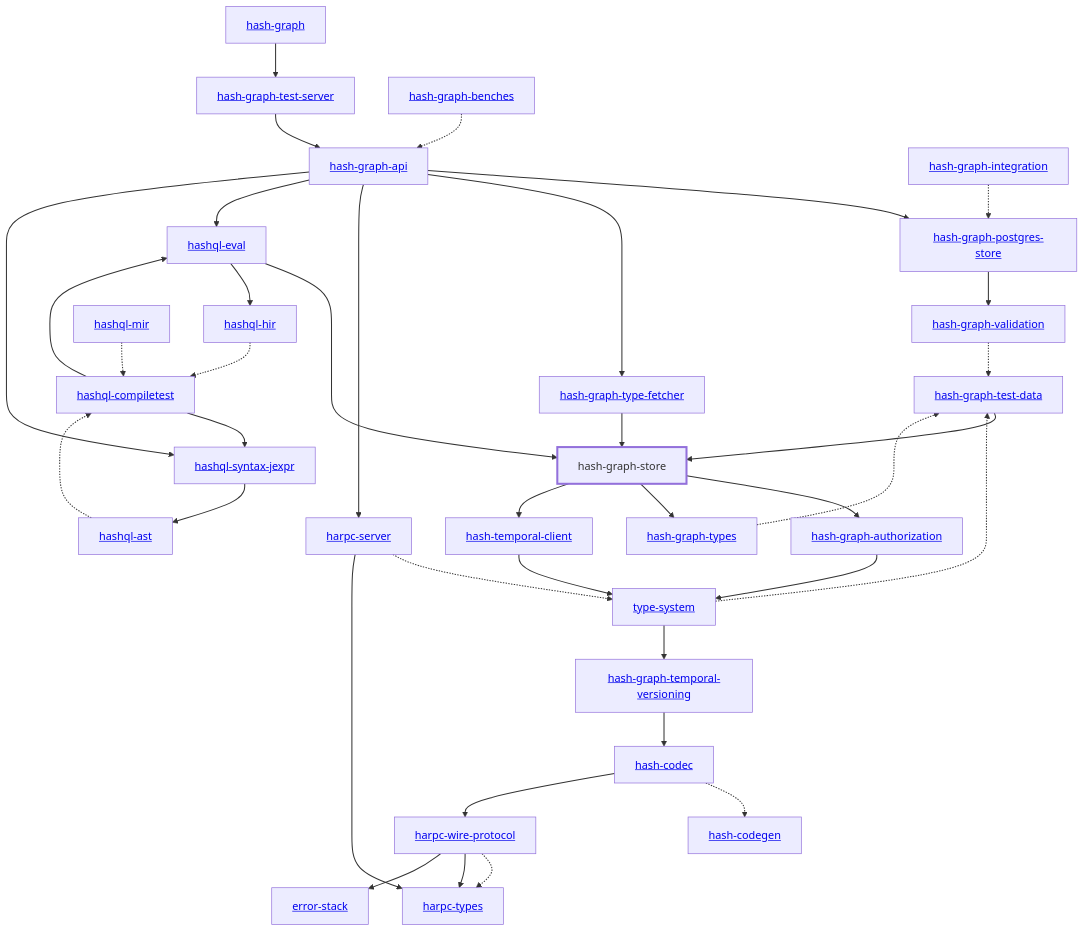
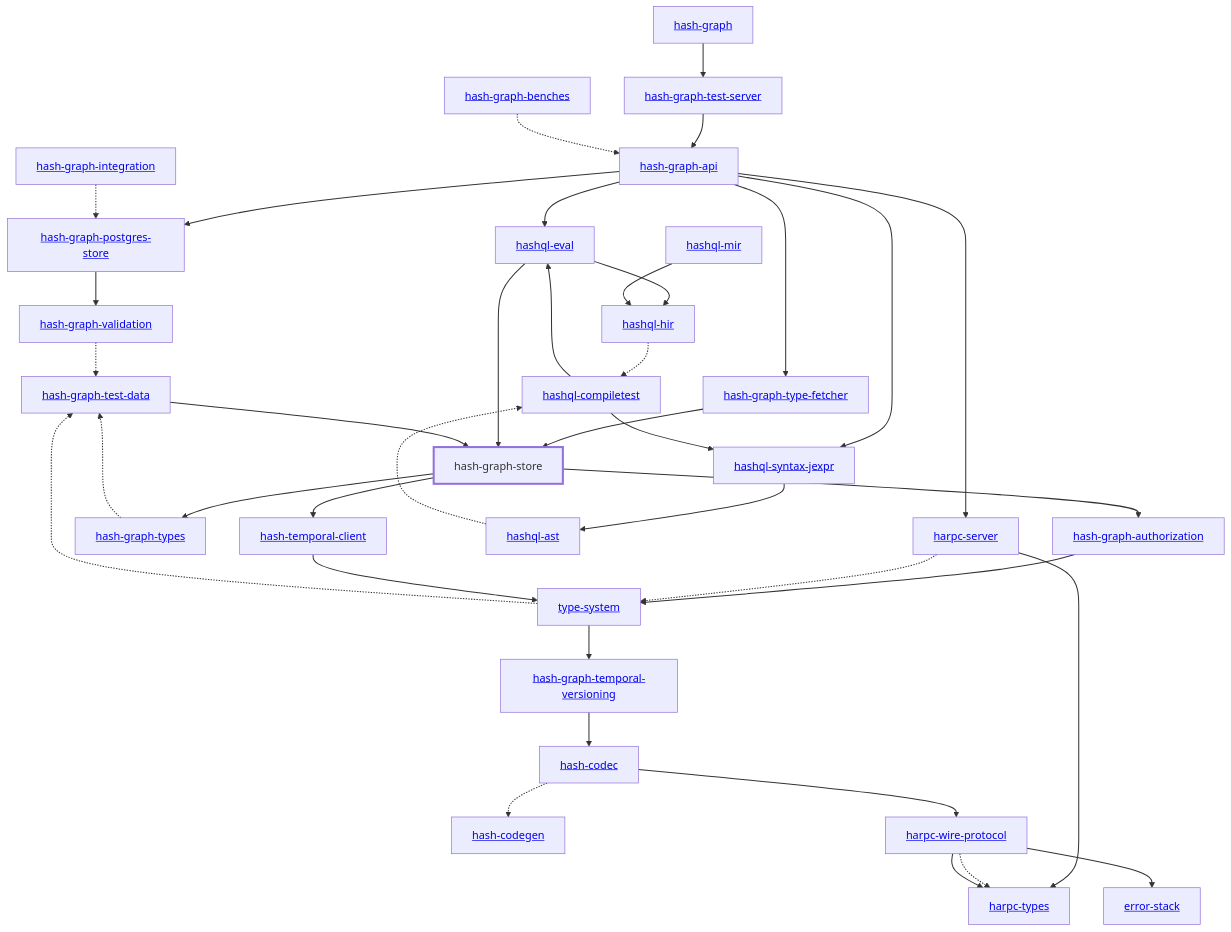
One commit to hashintel/hash changed the diagram in libs/@local/graph/store/docs/dependency-diagram.mmd. Above: the diagram before and after it, drawn with Mermaid. The commit also changed 18 other files, not shown here.

Commit message:
chore: update diagrams

```diff
--- a/libs/@local/graph/store/docs/dependency-diagram.mmd
+++ b/libs/@local/graph/store/docs/dependency-diagram.mmd
@@ -1,75 +1,75 @@
 graph TD
     linkStyle default stroke-width:1.5px
     classDef default stroke-width:1px
     classDef root stroke-width:3px
     classDef dev stroke-width:1px
     classDef build stroke-width:1px
     %% Legend
     %% --> : Normal dependency
     %% -.-> : Dev dependency
     %% ---> : Build dependency
     0[<a href="../hash_graph/index.html">hash-graph</a>]
     1[<a href="../type_system/index.html">type-system</a>]
     2[<a href="../hash_codec/index.html">hash-codec</a>]
     3[<a href="../hash_codegen/index.html">hash-codegen</a>]
     4[<a href="../hash_graph_api/index.html">hash-graph-api</a>]
     5[<a href="../hash_graph_authorization/index.html">hash-graph-authorization</a>]
     6[<a href="../hash_graph_postgres_store/index.html">hash-graph-postgres-store</a>]
     7[hash-graph-store]
     class 7 root
     8[<a href="../hash_graph_temporal_versioning/index.html">hash-graph-temporal-versioning</a>]
     9[<a href="../hash_graph_test_server/index.html">hash-graph-test-server</a>]
     10[<a href="../hash_graph_type_fetcher/index.html">hash-graph-type-fetcher</a>]
     11[<a href="../hash_graph_types/index.html">hash-graph-types</a>]
     12[<a href="../hash_graph_validation/index.html">hash-graph-validation</a>]
     13[<a href="../harpc_server/index.html">harpc-server</a>]
     14[<a href="../harpc_types/index.html">harpc-types</a>]
     15[<a href="../harpc_wire_protocol/index.html">harpc-wire-protocol</a>]
     16[<a href="../hashql_ast/index.html">hashql-ast</a>]
     17[<a href="../hashql_compiletest/index.html">hashql-compiletest</a>]
     18[<a href="../hashql_eval/index.html">hashql-eval</a>]
     19[<a href="../hashql_hir/index.html">hashql-hir</a>]
     20[<a href="../hashql_mir/index.html">hashql-mir</a>]
     21[<a href="../hashql_syntax_jexpr/index.html">hashql-syntax-jexpr</a>]
     22[<a href="../hash_temporal_client/index.html">hash-temporal-client</a>]
     23[<a href="../error_stack/index.html">error-stack</a>]
     24[<a href="../hash_graph_benches/index.html">hash-graph-benches</a>]
     25[<a href="../hash_graph_integration/index.html">hash-graph-integration</a>]
     26[<a href="../hash_graph_test_data/index.html">hash-graph-test-data</a>]
     0 --> 9
     1 --> 8
     1 -.-> 26
     2 -.-> 3
     2 --> 15
     4 --> 6
     4 --> 10
     4 --> 13
     4 --> 18
     4 --> 21
     5 --> 1
     6 --> 12
     7 --> 5
     7 --> 11
     7 --> 22
     8 --> 2
     9 --> 4
     10 --> 7
     11 -.-> 26
     12 -.-> 26
     13 -.-> 1
     13 --> 14
     15 -.-> 14
     15 --> 14
     15 --> 23
     16 -.-> 17
     17 --> 18
     17 --> 21
     18 --> 7
     18 --> 19
     19 -.-> 17
-    20 -.-> 17
+    20 --> 19
     21 --> 16
     22 --> 1
     24 -.-> 4
     25 -.-> 6
     26 --> 7
```
